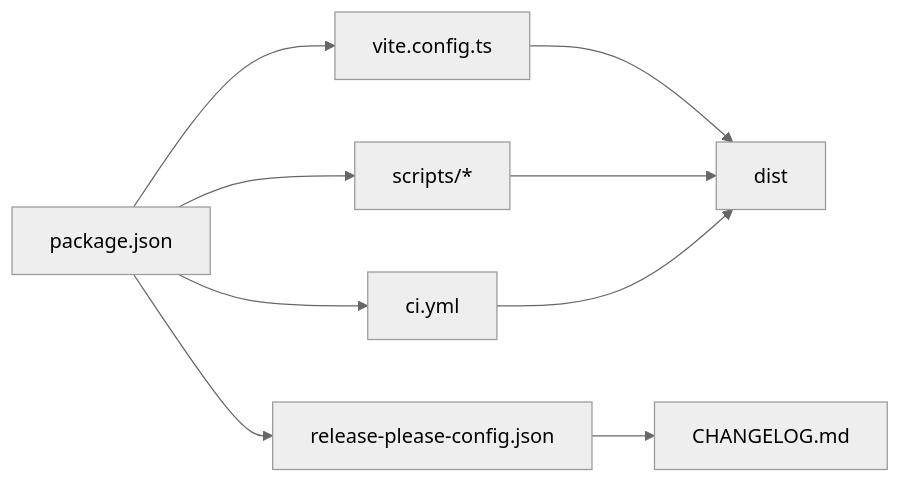
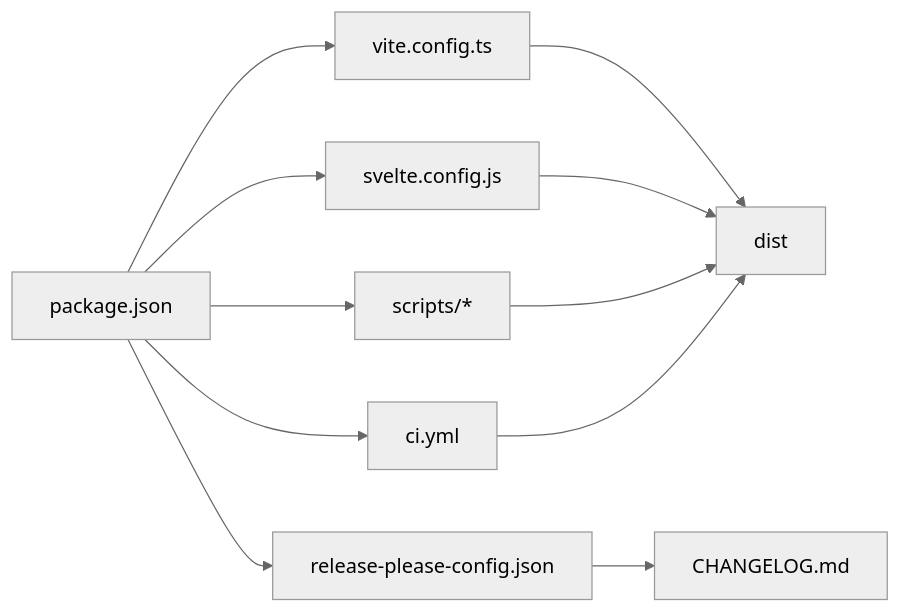
Before and after one commit to terwerinc/siyuan-plugin-share-pro: the seventh of 7 diagrams in .qoder/repowiki/zh/content/开发指南/构建与部署.md, drawn with Mermaid (neutral theme). The commit also changed other lines of this file and 10 other files, not shown here.

````diff
--- a/.qoder/repowiki/zh/content/开发指南/构建与部署.md
+++ b/.qoder/repowiki/zh/content/开发指南/构建与部署.md
@@ -312,11 +339,13 @@
 ```mermaid
 graph LR
 Pkg["package.json"] --> ViteCfg["vite.config.ts"]
+Pkg --> SvelteCfg["svelte.config.js"]
 ViteCfg --> Dist["dist"]
+SvelteCfg --> Dist
 Pkg --> Scripts["scripts/*"]
 Scripts --> Dist
 Pkg --> CI["ci.yml"]
 CI --> Dist
 Pkg --> Release["release-please-config.json"]
 Release --> Changelog["CHANGELOG.md"]
 ```
````
